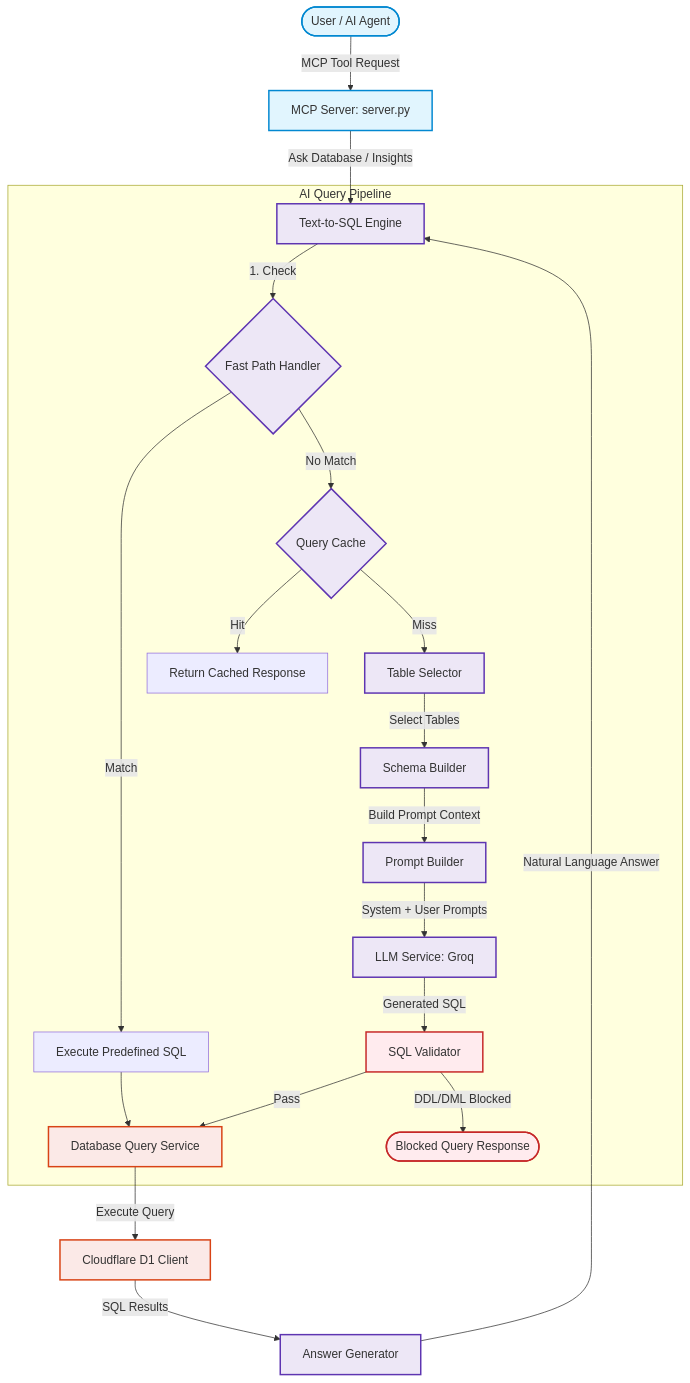
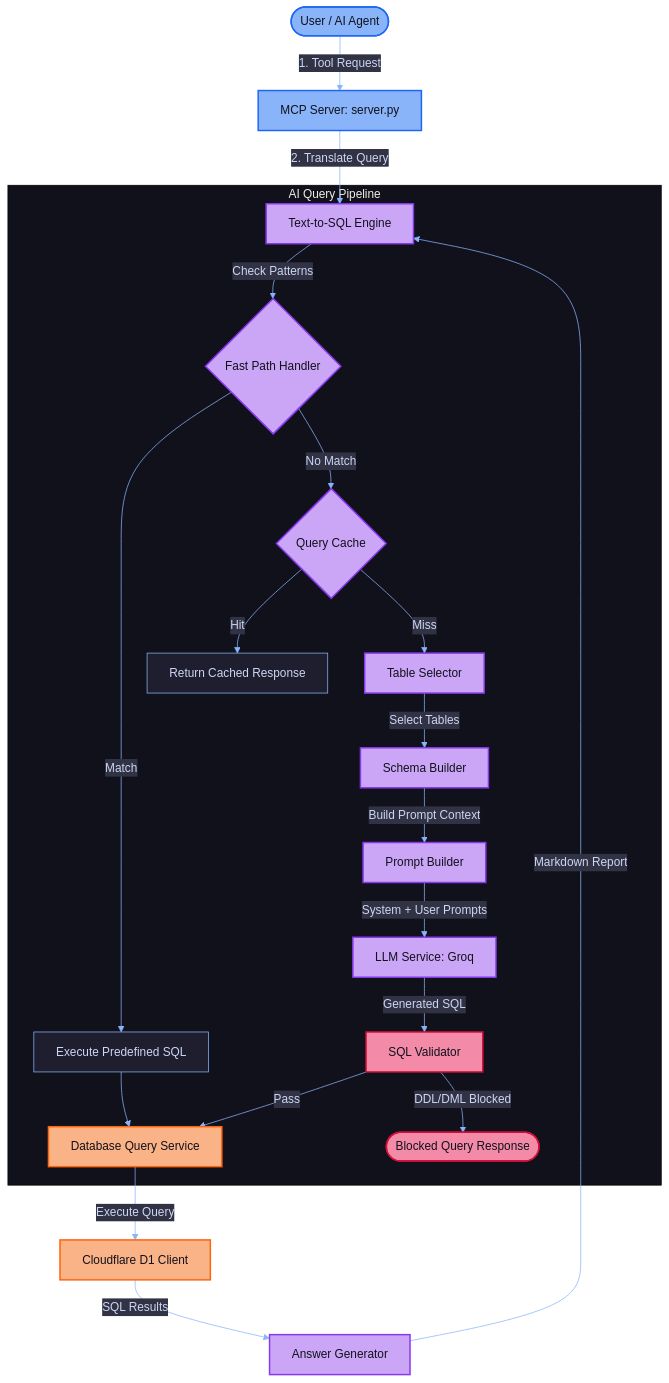
One commit to Dakshin10/hrms-mcp changed the diagram in README.md. Above: the diagram before and after it, drawn with Mermaid. The commit also changed other lines of this file, not shown here.

````diff
--- a/README.md
+++ b/README.md
@@ -19,37 +30,38 @@
 ```mermaid
+%%{init: {'theme': 'base', 'themeVariables': { 'primaryColor': '#1E1E2E', 'primaryTextColor': '#CDD6F4', 'primaryBorderColor': '#89B4FA', 'lineColor': '#89B4FA', 'secondaryColor': '#313244', 'tertiaryColor': '#11111B'}}}%%
 graph TD
-    classDef client fill:#e1f5fe,stroke:#0288d1,stroke-width:2px;
-    classDef mcp fill:#ede7f6,stroke:#5e35b1,stroke-width:2px;
-    classDef db fill:#fbe9e7,stroke:#d84315,stroke-width:2px;
-    classDef security fill:#ffebee,stroke:#c62828,stroke-width:2px;
+    classDef client fill:#89B4FA,stroke:#1e66f5,stroke-width:2px,color:#11111b;
+    classDef mcp fill:#cba6f7,stroke:#8839ef,stroke-width:2px,color:#11111b;
+    classDef db fill:#fab387,stroke:#fe640b,stroke-width:2px,color:#11111b;
+    classDef security fill:#f38ba8,stroke:#d20f39,stroke-width:2px,color:#11111b;
 
-    User([User / AI Agent]) -->|MCP Tool Request| Server[MCP Server: server.py]
-    Server -->|Ask Database / Insights| Engine[Text-to-SQL Engine]
+    User([User / AI Agent]) -->|1. Tool Request| Server[MCP Server: server.py]
+    Server -->|2. Translate Query| Engine[Text-to-SQL Engine]
 
     subgraph "AI Query Pipeline"
-        Engine -->|1. Check| FP{Fast Path Handler}
+        Engine -->|Check Patterns| FP{Fast Path Handler}
         FP -->|Match| FP_Exec[Execute Predefined SQL]
         FP -->|No Match| Cache{Query Cache}
         Cache -->|Hit| Cache_Return[Return Cached Response]
         Cache -->|Miss| TS[Table Selector]
         
         TS -->|Select Tables| SB[Schema Builder]
         SB -->|Build Prompt Context| PB[Prompt Builder]
         PB -->|System + User Prompts| LLM[LLM Service: Groq]
         LLM -->|Generated SQL| SV[SQL Validator]
         
         SV -->|Pass| Exec[Database Query Service]
         SV -->|DDL/DML Blocked| Block([Blocked Query Response])
     end
 
     Exec -->|Execute Query| D1[Cloudflare D1 Client]
     D1 -->|SQL Results| AG[Answer Generator]
-    AG -->|Natural Language Answer| Engine
+    AG -->|Markdown Report| Engine
     
     FP_Exec --> Exec
     
     class User,Server client;
     class Engine,FP,Cache,TS,SB,PB,LLM,AG mcp;
     class Exec,D1 db;
     class SV,Block security;
 ```
````
